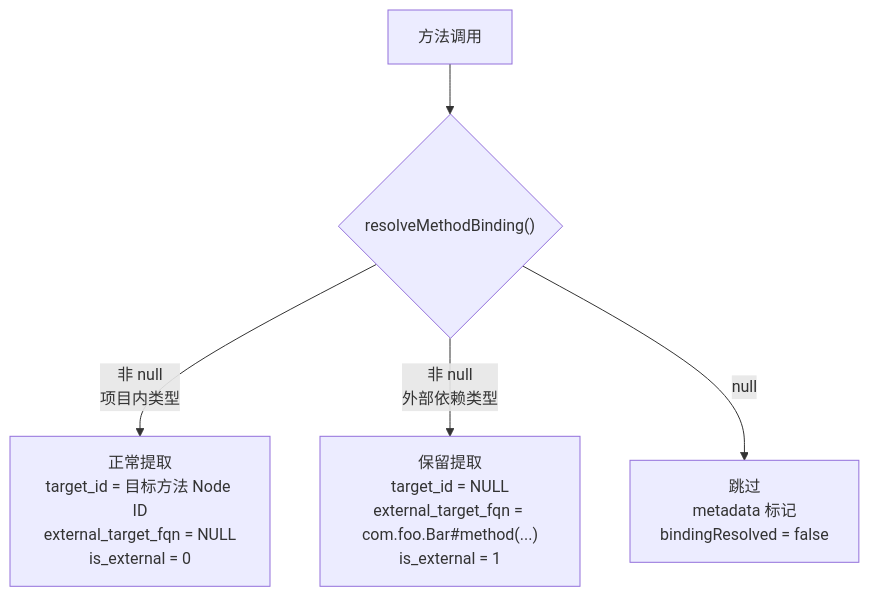
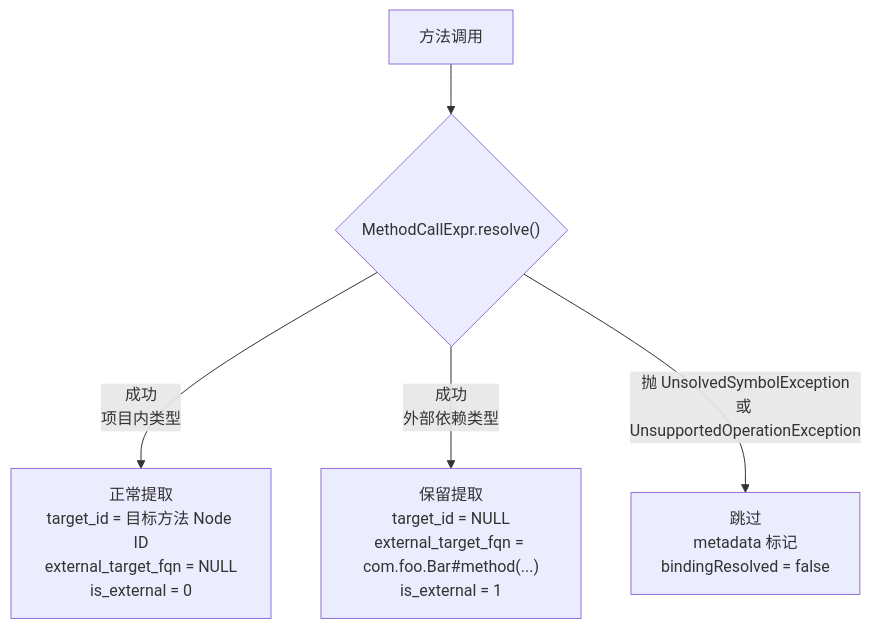
Before and after one commit to stream-iori/anatomist: the fourth of 5 diagrams in docs/scenario-1-index.md, drawn with Mermaid. The commit also changed other lines of this file and 51 other files, not shown here.

````diff
--- a/docs/scenario-1-index.md
+++ b/docs/scenario-1-index.md
@@ -419,7 +424,7 @@
 ```mermaid
 flowchart TD
-    CALL["方法调用"] --> CHECK{"resolveMethodBinding()"}
-    CHECK -->|非 null<br/>项目内类型| INTERNAL["正常提取<br/>target_id = 目标方法 Node ID<br/>external_target_fqn = NULL<br/>is_external = 0"]
-    CHECK -->|非 null<br/>外部依赖类型| EXTERNAL["保留提取<br/>target_id = NULL<br/>external_target_fqn = com.foo.Bar#method(...)<br/>is_external = 1"]
-    CHECK -->|null| SKIP["跳过<br/>metadata 标记<br/>bindingResolved = false"]
+    CALL["方法调用"] --> CHECK{"MethodCallExpr.resolve()"}
+    CHECK -->|成功<br/>项目内类型| INTERNAL["正常提取<br/>target_id = 目标方法 Node ID<br/>external_target_fqn = NULL<br/>is_external = 0"]
+    CHECK -->|成功<br/>外部依赖类型| EXTERNAL["保留提取<br/>target_id = NULL<br/>external_target_fqn = com.foo.Bar#method(...)<br/>is_external = 1"]
+    CHECK -->|抛 UnsolvedSymbolException<br/>或 UnsupportedOperationException| SKIP["跳过<br/>metadata 标记<br/>bindingResolved = false"]
 ```
````
